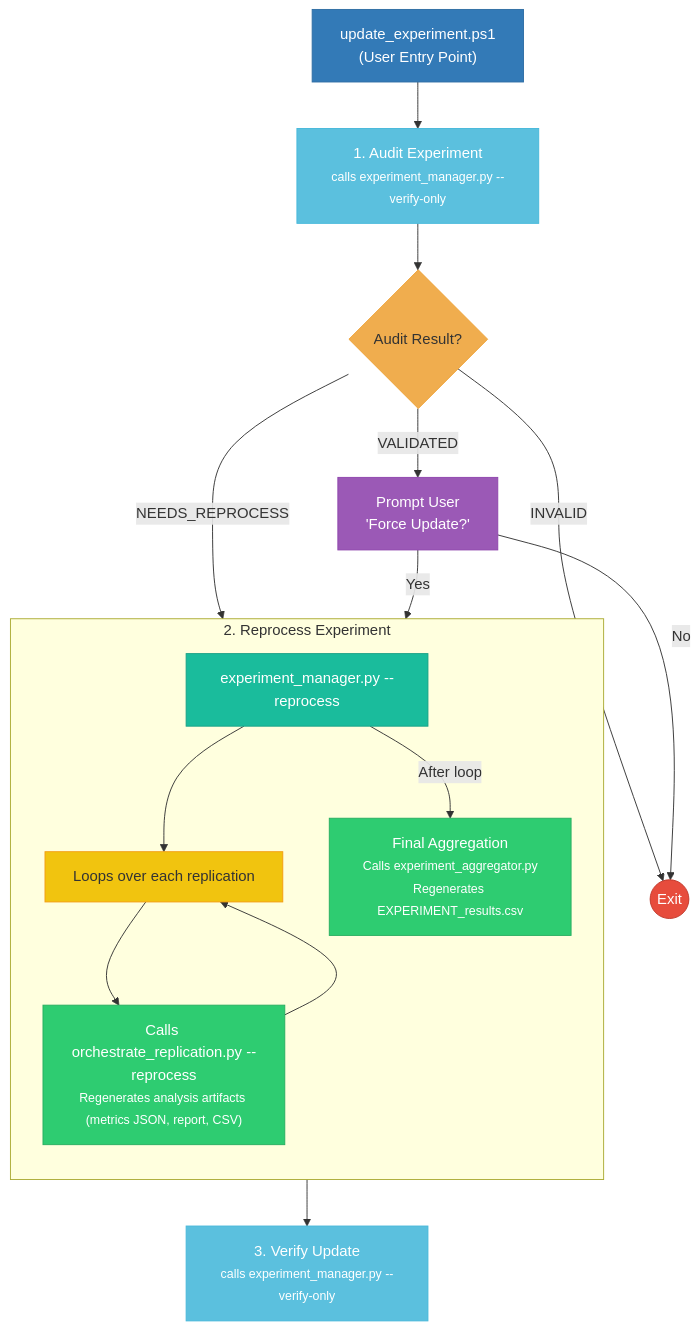
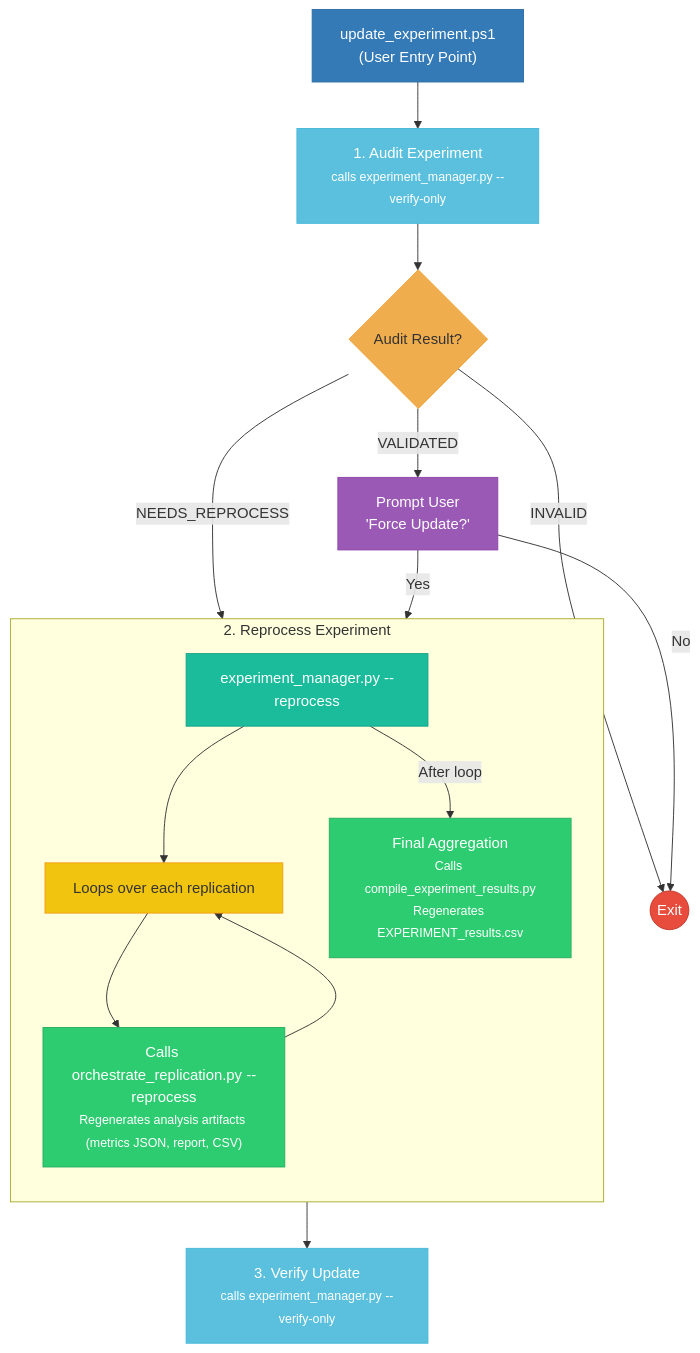
One commit to peterjmarko/llm-narrative-framework changed the diagram in docs/diagrams/flow_3_update_experiment.mmd. Above: the diagram before and after it, drawn with Mermaid. The commit also changed 13 other files, not shown here.

```diff
--- a/docs/diagrams/flow_3_update_experiment.mmd
+++ b/docs/diagrams/flow_3_update_experiment.mmd
@@ -1,45 +1,45 @@
 graph TD
     %% 1. Nodes
     EntryPointPS["update_experiment.ps1<br/>(User Entry Point)"]:::entry_ps
     PreAudit["1. Audit Experiment<br/><small>calls experiment_manager.py --verify-only</small>"]:::script
     Decision{Audit Result?}:::decision
     Prompt["Prompt User<br/>'Force Update?'"]:::user_interaction
     Stop((Exit)):::stop_node
     
     subgraph "2. Reprocess Experiment"
         direction TB
         ReprocessEntry["experiment_manager.py --reprocess"]:::entry_py
         Loop["Loops over each replication"]:::process
         CallOrchestrator["Calls orchestrate_replication.py --reprocess<br/><small>Regenerates analysis artifacts (metrics JSON, report, CSV)</small>"]:::layer_green
-        FinalAggregate["Final Aggregation<br/><small>Calls experiment_aggregator.py<br/>Regenerates EXPERIMENT_results.csv</small>"]:::layer_green
+        FinalAggregate["Final Aggregation<br/><small>Calls compile_experiment_results.py<br/>Regenerates EXPERIMENT_results.csv</small>"]:::layer_green
     end
     
     PostAudit["3. Verify Update<br/><small>calls experiment_manager.py --verify-only</small>"]:::script
 
     %% 2. Connections
     EntryPointPS --> PreAudit
     PreAudit --> Decision
     
     Decision -- "VALIDATED" --> Prompt
     Decision -- "NEEDS_REPROCESS" --> ReprocessEntry
     Decision -- "INVALID" --> Stop
     
     Prompt -- "Yes" --> ReprocessEntry
     Prompt -- "No" --> Stop
     
     ReprocessEntry --> Loop
     Loop --> CallOrchestrator
     CallOrchestrator --> Loop
     ReprocessEntry -- "After loop" --> FinalAggregate
     
     FinalAggregate --> PostAudit
 
     %% 3. Styling
     classDef entry_ps fill:#337ab7,stroke:#2e6da4,color:#fff;
     classDef script fill:#5bc0de,stroke:#46b8da,color:#fff;
     classDef decision fill:#f0ad4e,stroke:#eea236,color:#333;
     classDef user_interaction fill:#9b59b6,stroke:#8e44ad,color:#fff;
     classDef stop_node fill:#e74c3c,stroke:#c0392b,color:#fff;
     classDef entry_py fill:#1abc9c,stroke:#16a085,color:#fff;
     classDef process fill:#f1c40f,stroke:#f39c12,color:#333;
     classDef layer_green fill:#2ecc71,stroke:#27ae60,color:#fff;
```
